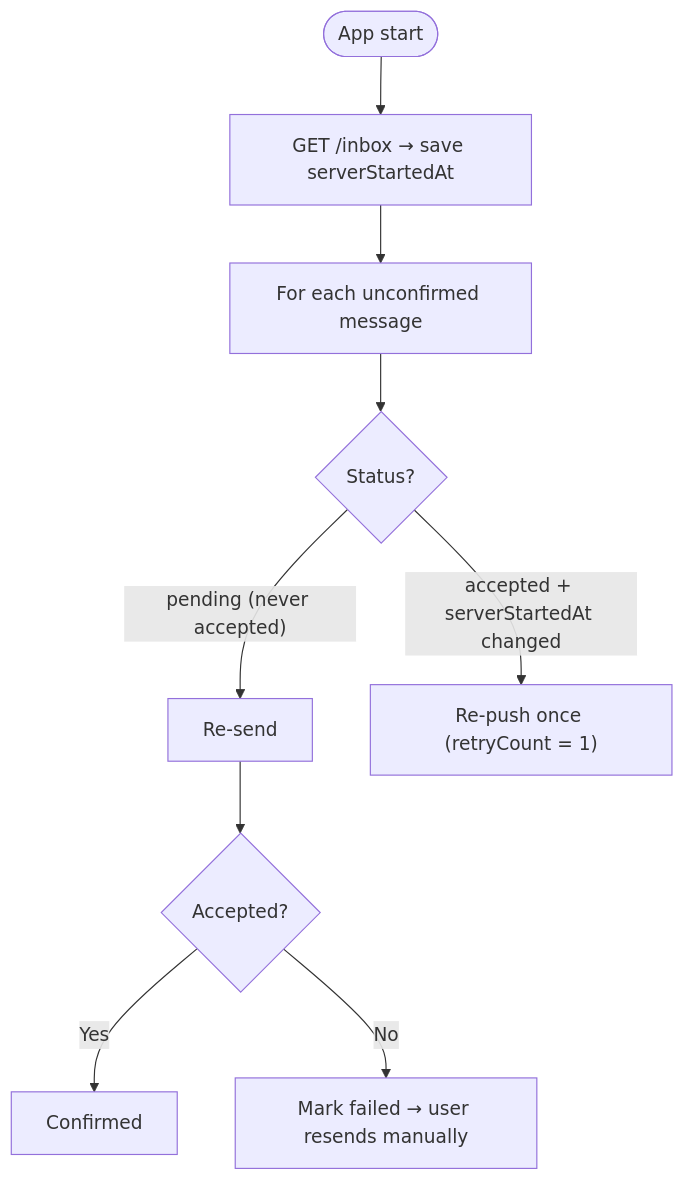
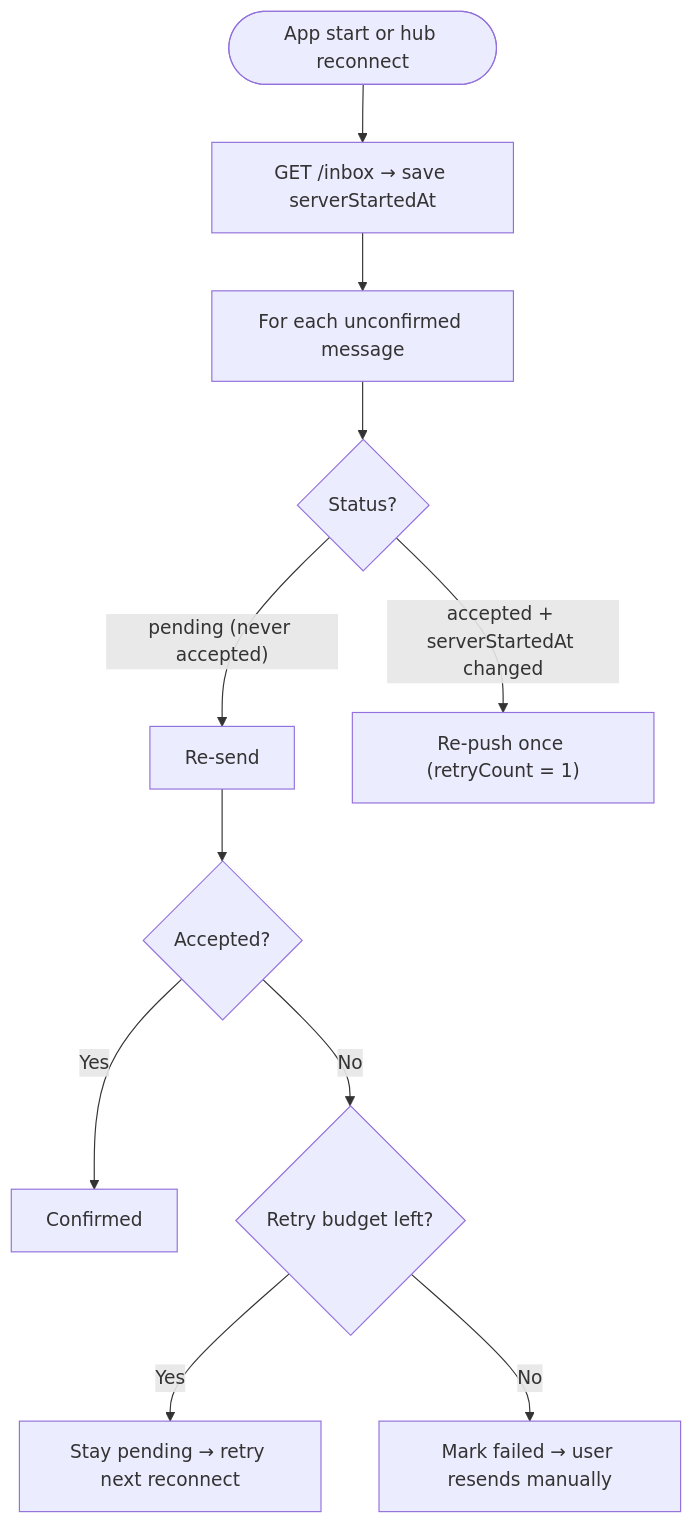
The fifth of 7 diagrams in doc/ARCHITECTURE.md (olshanskyev/fourletters-meta), drawn with Mermaid before and after one commit. The commit also changed other lines of this file and 2 other files, not shown here.

Commit message:
chore: send retry and receipt zombie problem
* recipts are now always saved in hot tier (no unroutable/routable)
* future extensions for receipts handling (watermark)
* send retryCount

````diff
--- a/doc/ARCHITECTURE.md
+++ b/doc/ARCHITECTURE.md
@@ -193,11 +193,13 @@
 ```mermaid
 flowchart TD
-    Start([App start]) --> Inbox["GET /inbox → save serverStartedAt"]
+    Start([App start or hub reconnect]) --> Inbox["GET /inbox → save serverStartedAt"]
     Inbox --> Each["For each unconfirmed message"]
     Each --> Kind{"Status?"}
     Kind -- "pending (never accepted)" --> Resend["Re-send"]
     Kind -- "accepted + serverStartedAt changed" --> Repush["Re-push once (retryCount = 1)"]
     Resend --> Ok{"Accepted?"}
     Ok -- Yes --> Done["Confirmed"]
-    Ok -- No --> Failed["Mark failed → user resends manually"]
+    Ok -- No --> Budget{"Retry budget left?"}
+    Budget -- Yes --> Pend["Stay pending → retry next reconnect"]
+    Budget -- No --> Failed["Mark failed → user resends manually"]
 ```
````
